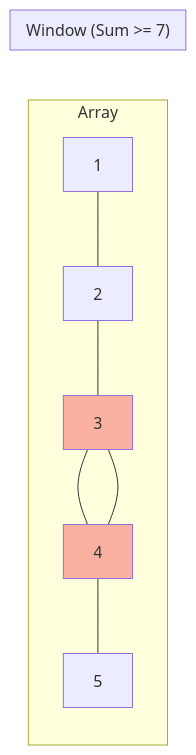
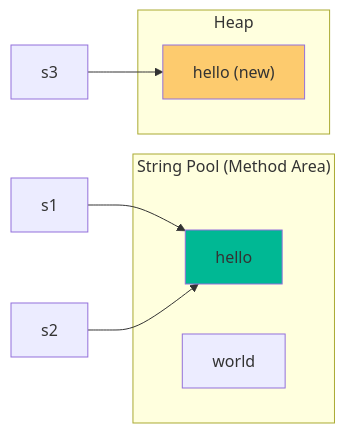
One commit to srinivasboini/interview-prep changed the diagram in algorithms/algorithms/03-arrays-and-strings.md. Above: the diagram before and after it, drawn with Mermaid. The commit also changed other lines of this file and 50 other files, not shown here.

````diff
--- a/algorithms/algorithms/03-arrays-and-strings.md
+++ b/algorithms/algorithms/03-arrays-and-strings.md
@@ -49,13 +138,18 @@
 ```mermaid
 graph LR
-    subgraph "Array"
-    A[1] --- B[2] --- C[3] --- D[4] --- E[5]
+    subgraph "String Pool (Method Area)"
+    P1["hello"]
+    P2["world"]
     end
     
-    subgraph "Window (Sum >= 7)"
-    C --- D
+    subgraph "Heap"
+    H1["hello (new)"]
     end
     
-    style C fill:#fab1a0
-    style D fill:#fab1a0
+    s1 --> P1
+    s2 --> P1
+    s3 --> H1
+    
+    style P1 fill:#00b894
+    style H1 fill:#fdcb6e
 ```
````
